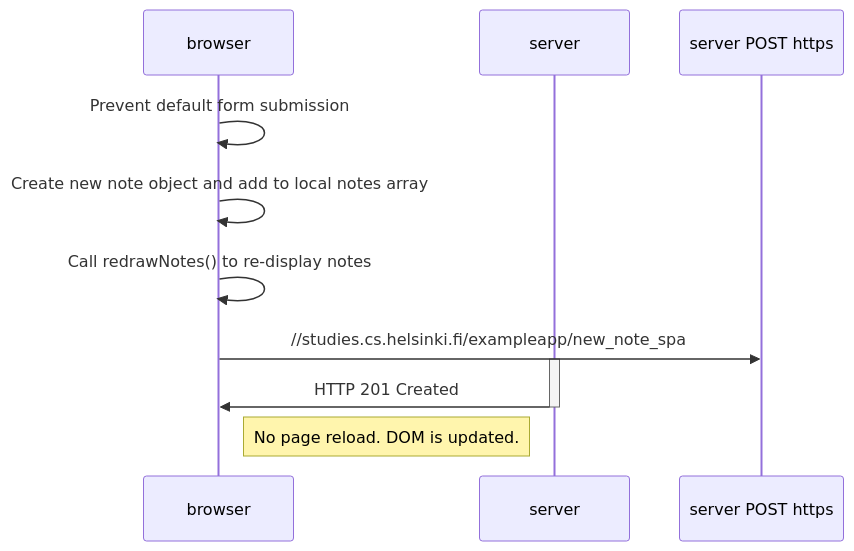
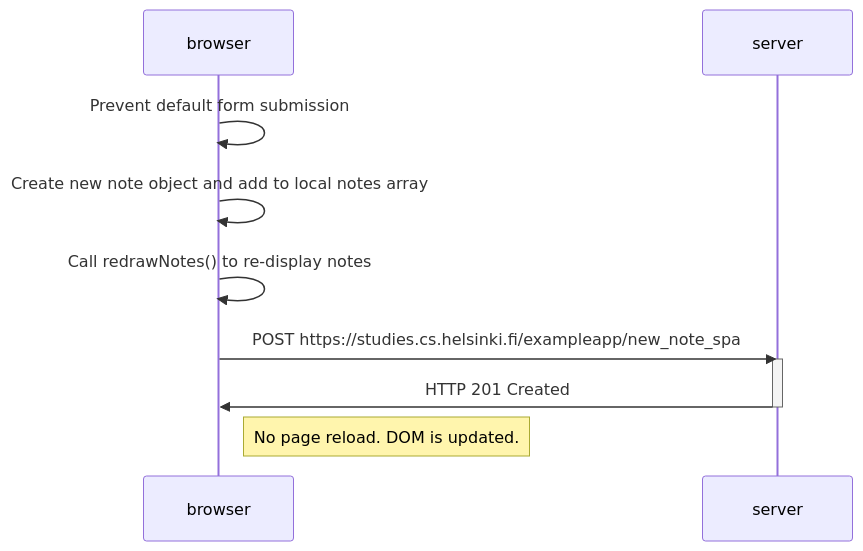
The diagram in part0/ex6.md (Reignu/fullstackopen), drawn with Mermaid before and after one commit.

Commit message:
Update ex6.md
Added : to fix visualisation

````diff
--- a/part0/ex6.md
+++ b/part0/ex6.md
@@ -3,16 +3,16 @@
 ```mermaid
   sequenceDiagram
     participant browser
     participant server
   
     browser->>browser: Prevent default form submission
     browser->>browser: Create new note object and add to local notes array
     browser->>browser: Call redrawNotes() to re-display notes
   
-    browser->>server POST https://studies.cs.helsinki.fi/exampleapp/new_note_spa
+    browser->>server: POST https://studies.cs.helsinki.fi/exampleapp/new_note_spa
     activate server
     server->>browser: HTTP 201 Created
     deactivate server
   
     Note right of browser: No page reload. DOM is updated.
 ```
````
